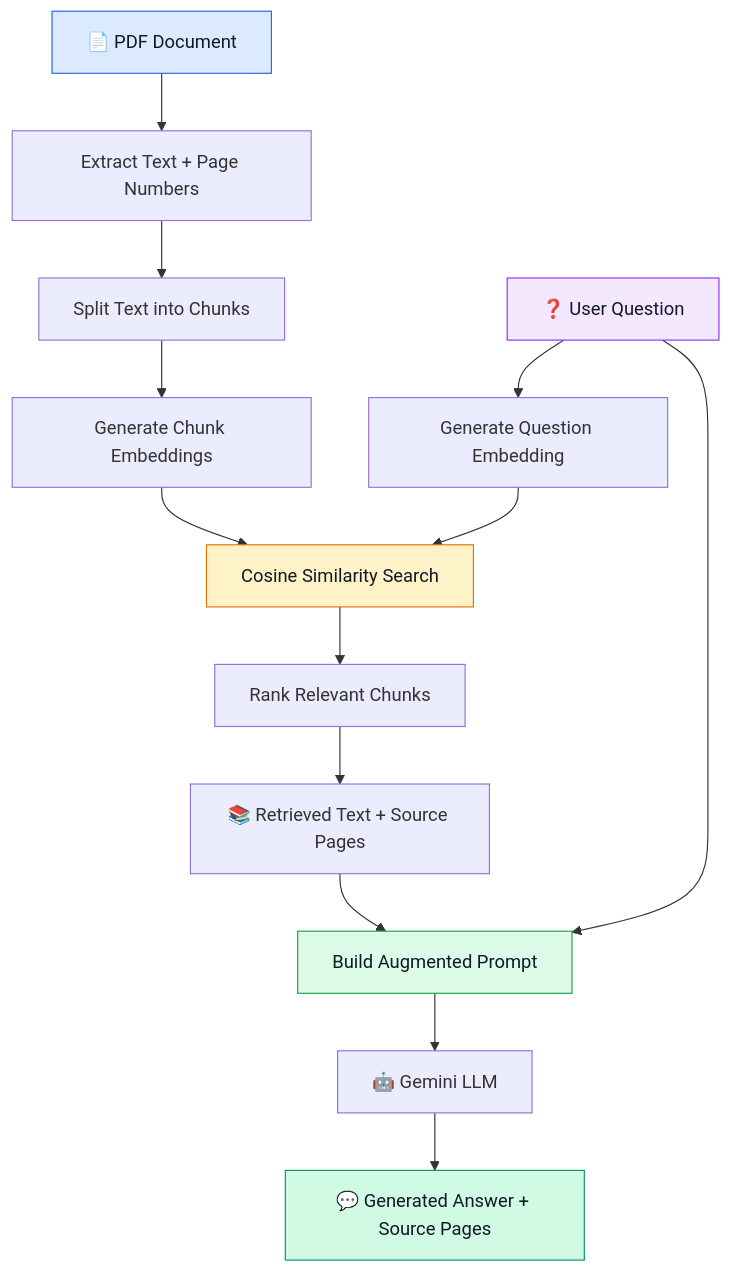
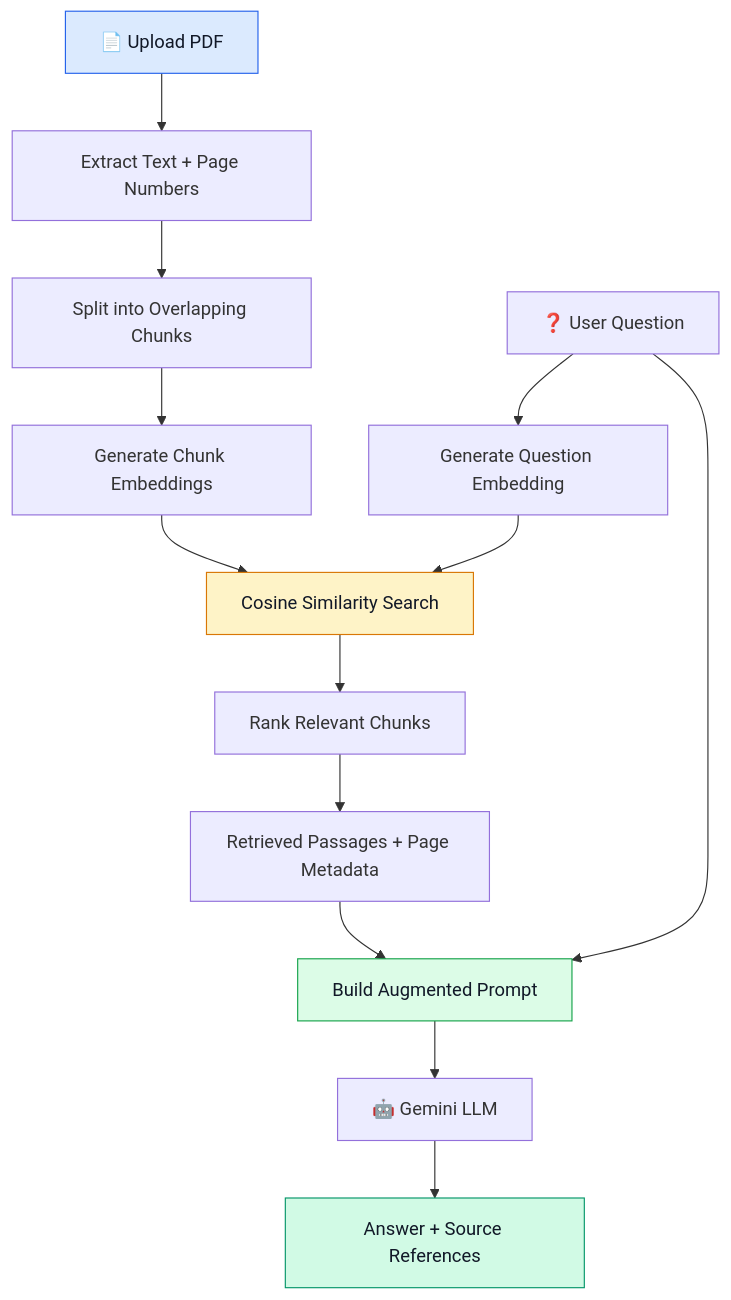
Before and after one commit to ashiishe2-oss/-BASIC-RAG-SYSTEM: the diagram in README.md, drawn with Mermaid. The commit also changed other lines of this file, not shown here.

````diff
--- a/README.md
+++ b/README.md
@@ -48,25 +56,24 @@
 ```mermaid
 flowchart TD
-    A["📄 PDF Document"] --> B["Extract Text + Page Numbers"]
-    B --> C["Split Text into Chunks"]
+    A["📄 Upload PDF"] --> B["Extract Text + Page Numbers"]
+    B --> C["Split into Overlapping Chunks"]
     C --> D["Generate Chunk Embeddings"]
 
     E["❓ User Question"] --> F["Generate Question Embedding"]
 
     D --> G["Cosine Similarity Search"]
     F --> G
 
     G --> H["Rank Relevant Chunks"]
-    H --> I["📚 Retrieved Text + Source Pages"]
+    H --> I["Retrieved Passages + Page Metadata"]
     I --> J["Build Augmented Prompt"]
+    E --> J
 
-    E --> J
     J --> K["🤖 Gemini LLM"]
-    K --> L["💬 Generated Answer + Source Pages"]
+    K --> L["Answer + Source References"]
 
     style A fill:#dbeafe,stroke:#2563eb,color:#111827
-    style E fill:#f3e8ff,stroke:#9333ea,color:#111827
     style G fill:#fef3c7,stroke:#d97706,color:#111827
     style J fill:#dcfce7,stroke:#16a34a,color:#111827
     style L fill:#d1fae5,stroke:#059669,color:#111827
 ```
````
